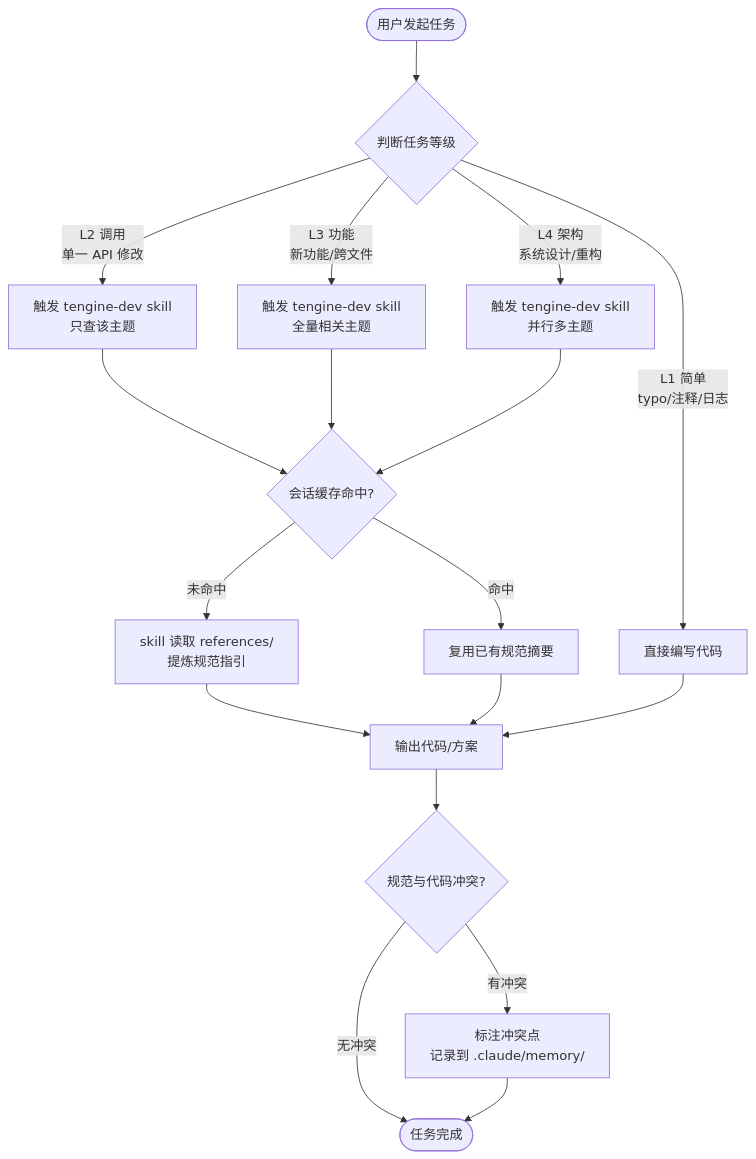
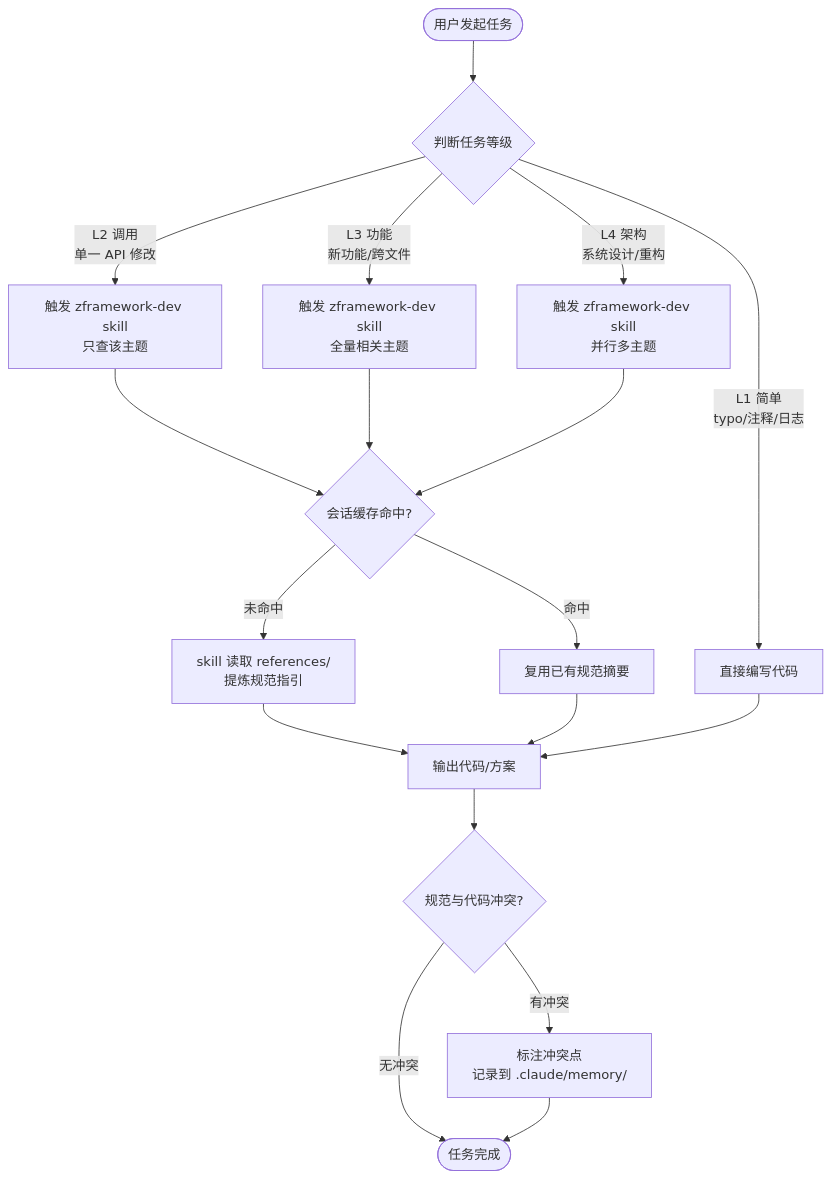
The first of 5 diagrams in README.md (Hubr1zz/ZFramework), drawn with Mermaid before and after one commit. The commit also changed other lines of this file and 1773 other files, not shown here.

````diff
--- a/README.md
+++ b/README.md
@@ -110,25 +112,25 @@
 ```mermaid
 flowchart TD
     A([用户发起任务]) --> B{判断任务等级}
 
     B -->|L1 简单\ntypo/注释/日志| C[直接编写代码]
-    B -->|L2 调用\n单一 API 修改| D[触发 tengine-dev skill\n只查该主题]
-    B -->|L3 功能\n新功能/跨文件| E[触发 tengine-dev skill\n全量相关主题]
-    B -->|L4 架构\n系统设计/重构| F[触发 tengine-dev skill\n并行多主题]
+    B -->|L2 调用\n单一 API 修改| D[触发 zframework-dev skill\n只查该主题]
+    B -->|L3 功能\n新功能/跨文件| E[触发 zframework-dev skill\n全量相关主题]
+    B -->|L4 架构\n系统设计/重构| F[触发 zframework-dev skill\n并行多主题]
 
     D --> G{会话缓存命中?}
     E --> G
     F --> G
 
     G -->|命中| H[复用已有规范摘要]
     G -->|未命中| I[skill 读取 references/\n提炼规范指引]
 
     I --> L[输出代码/方案]
     H --> L
     C --> L
 
     L --> M{规范与代码冲突?}
     M -->|有冲突| N[标注冲突点\n记录到 .claude/memory/]
     M -->|无冲突| O([任务完成])
     N --> O
 ```
````
